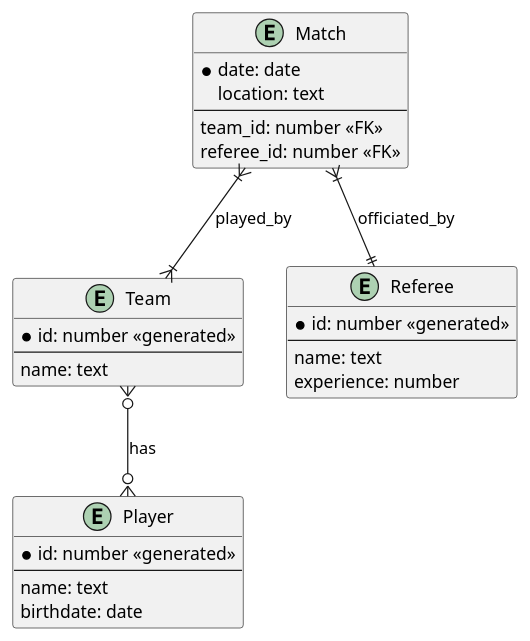
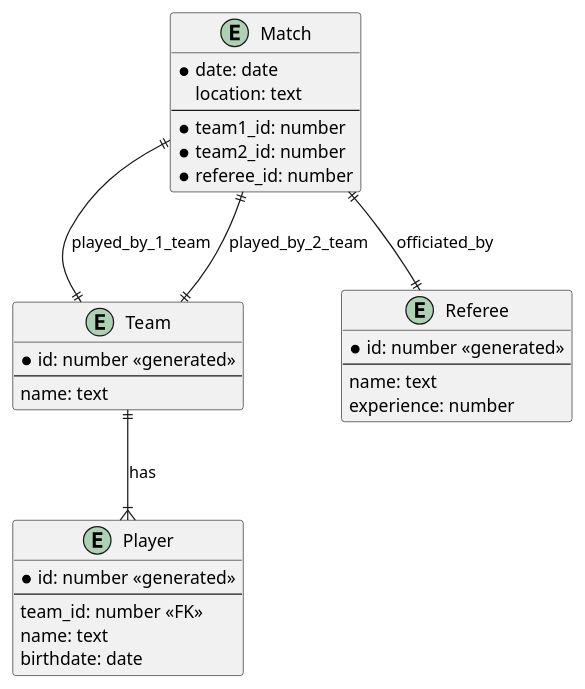
Before and after one commit to gt005/3_year_db_classes: the fourth of 6 diagrams in homework_2/answer.md, drawn with PlantUML. The commit also changed other lines of this file and 2 other files, not shown here.

```diff
--- a/homework_2/answer.md
+++ b/homework_2/answer.md
@@ -265,35 +273,38 @@
 @startuml
 
 entity Player {
   * id: number <<generated>>
   ---
+  team_id: number <<FK>>
   name: text
   birthdate: date
 }
 
 entity Team {
   * id: number <<generated>>
   ---
   name: text
 }
 
 entity Referee {
   * id: number <<generated>>
   ---
   name: text
   experience: number
 }
 
 entity Match {
   * date: date
   location: text
   ---
-  team_id: number <<FK>>
-  referee_id: number <<FK>>
+  * team1_id: number
+  * team2_id: number
+  * referee_id: number
 }
 
-Team }o--o{ Player: has
-Match }|--|{ Team: played_by
-Match }|--|| Referee: officiated_by
+Team ||--|{ Player: has
+Match ||--|| Team: played_by_1_team
+Match ||--|| Team: played_by_2_team
+Match ||--|| Referee: officiated_by
 
 @enduml
```
